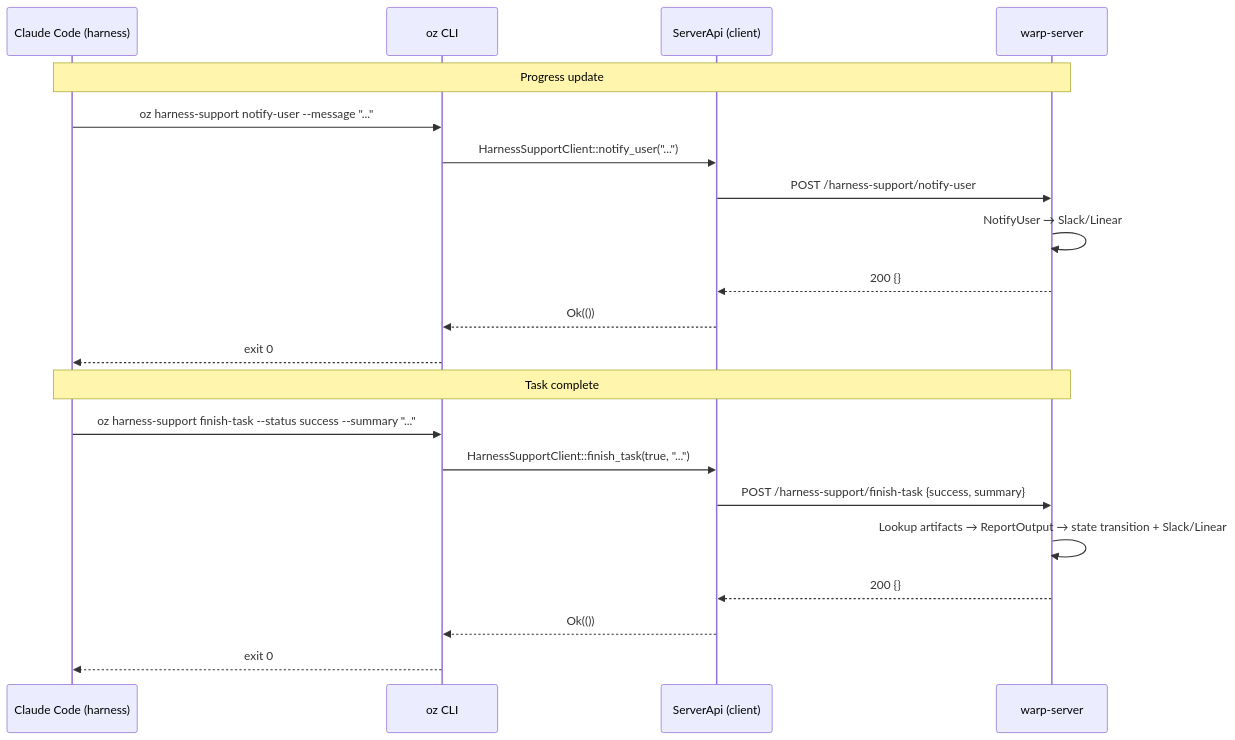
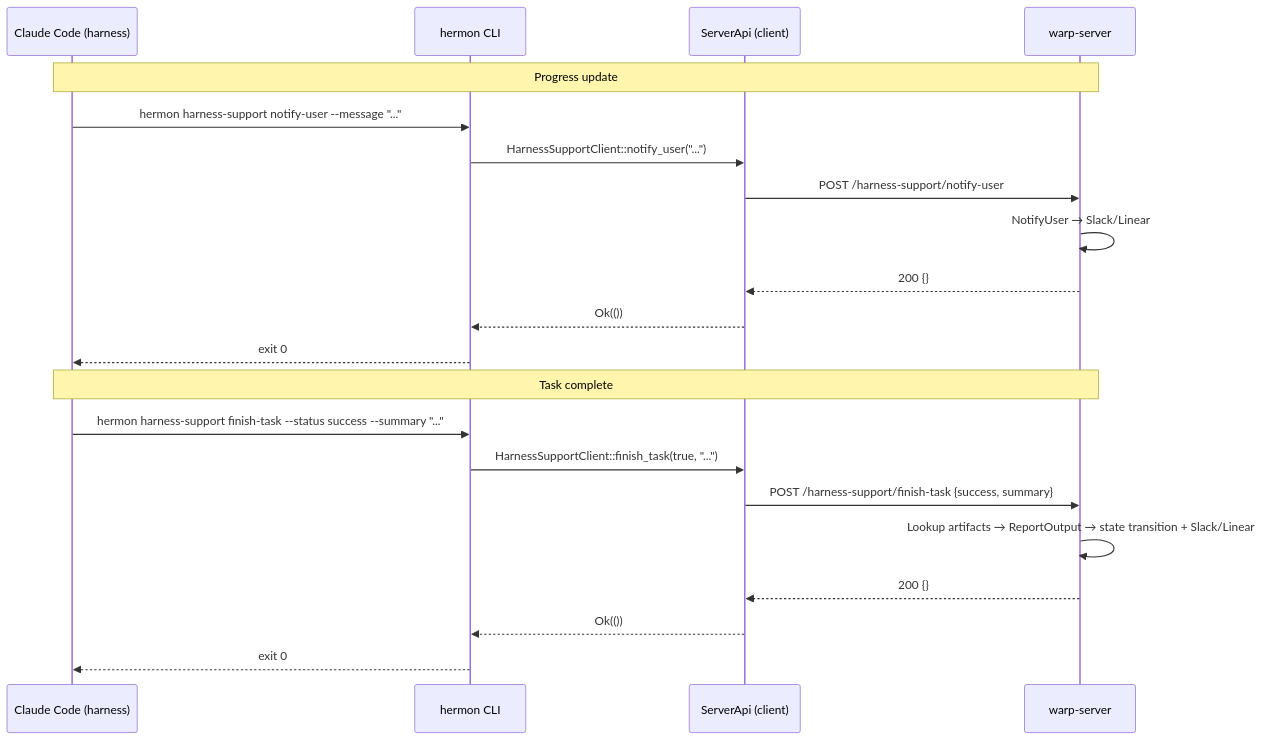
The diagram in specs/REMOTE-1289/TECH.md (hermonai/wish), drawn with Mermaid before and after one commit. The commit also changed other lines of this file and 417 other files, not shown here.

````diff
--- a/specs/REMOTE-1289/TECH.md
+++ b/specs/REMOTE-1289/TECH.md
@@ -117,25 +117,25 @@
 ```mermaid
 sequenceDiagram
     participant CC as Claude Code (harness)
-    participant OZ as oz CLI
+    participant HERMON as hermon CLI
     participant SA as ServerApi (client)
     participant WS as warp-server
 
     Note over CC,WS: Progress update
-    CC->>OZ: oz harness-support notify-user --message "..."
-    OZ->>SA: HarnessSupportClient::notify_user("...")
+    CC->>HERMON: hermon harness-support notify-user --message "..."
+    HERMON->>SA: HarnessSupportClient::notify_user("...")
     SA->>WS: POST /harness-support/notify-user
     WS->>WS: NotifyUser → Slack/Linear
     WS-->>SA: 200 {}
-    SA-->>OZ: Ok(())
-    OZ-->>CC: exit 0
+    SA-->>HERMON: Ok(())
+    HERMON-->>CC: exit 0
 
     Note over CC,WS: Task complete
-    CC->>OZ: oz harness-support finish-task --status success --summary "..."
-    OZ->>SA: HarnessSupportClient::finish_task(true, "...")
+    CC->>HERMON: hermon harness-support finish-task --status success --summary "..."
+    HERMON->>SA: HarnessSupportClient::finish_task(true, "...")
     SA->>WS: POST /harness-support/finish-task {success, summary}
     WS->>WS: Lookup artifacts → ReportOutput → state transition + Slack/Linear
     WS-->>SA: 200 {}
-    SA-->>OZ: Ok(())
-    OZ-->>CC: exit 0
+    SA-->>HERMON: Ok(())
+    HERMON-->>CC: exit 0
 ```
````
